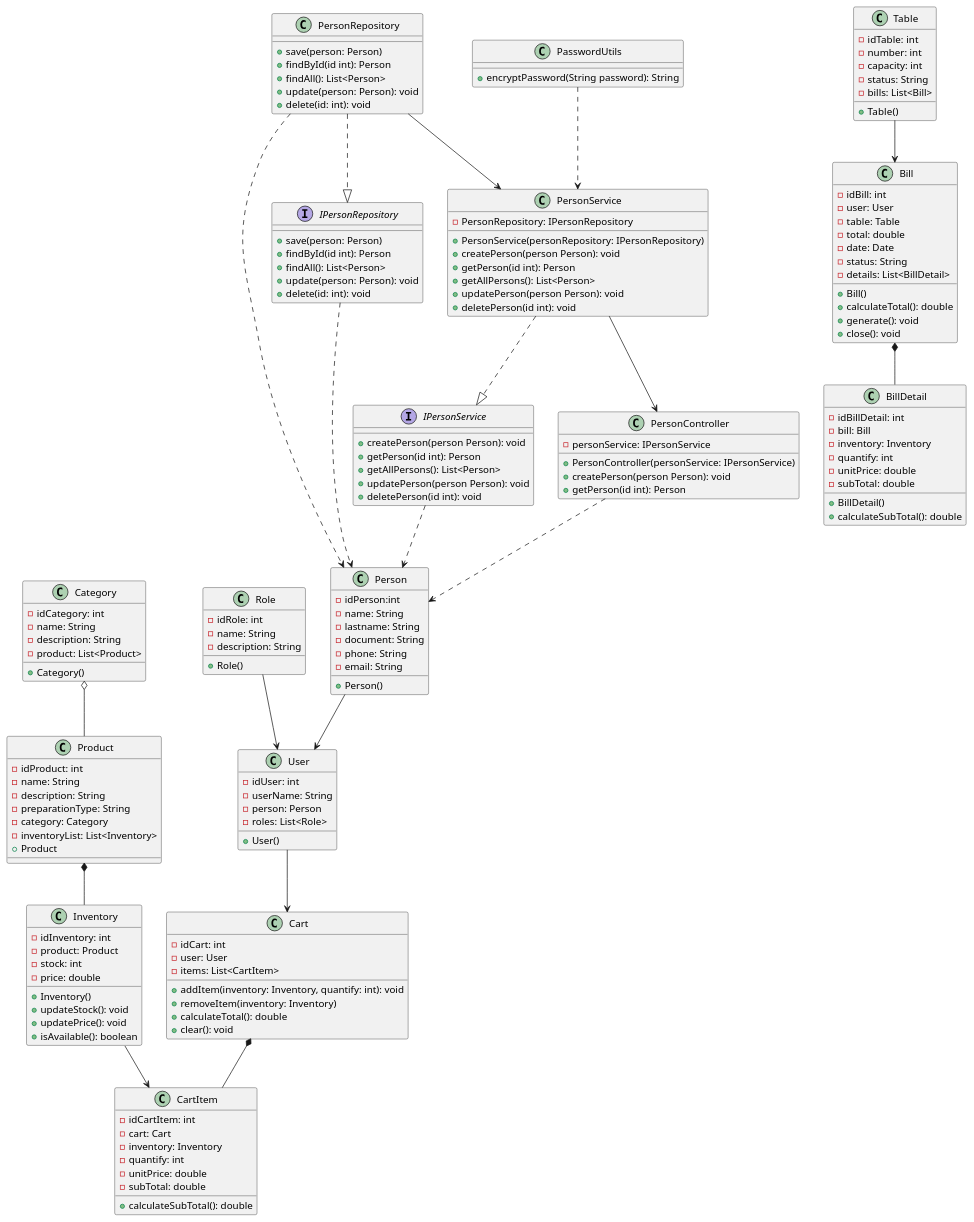
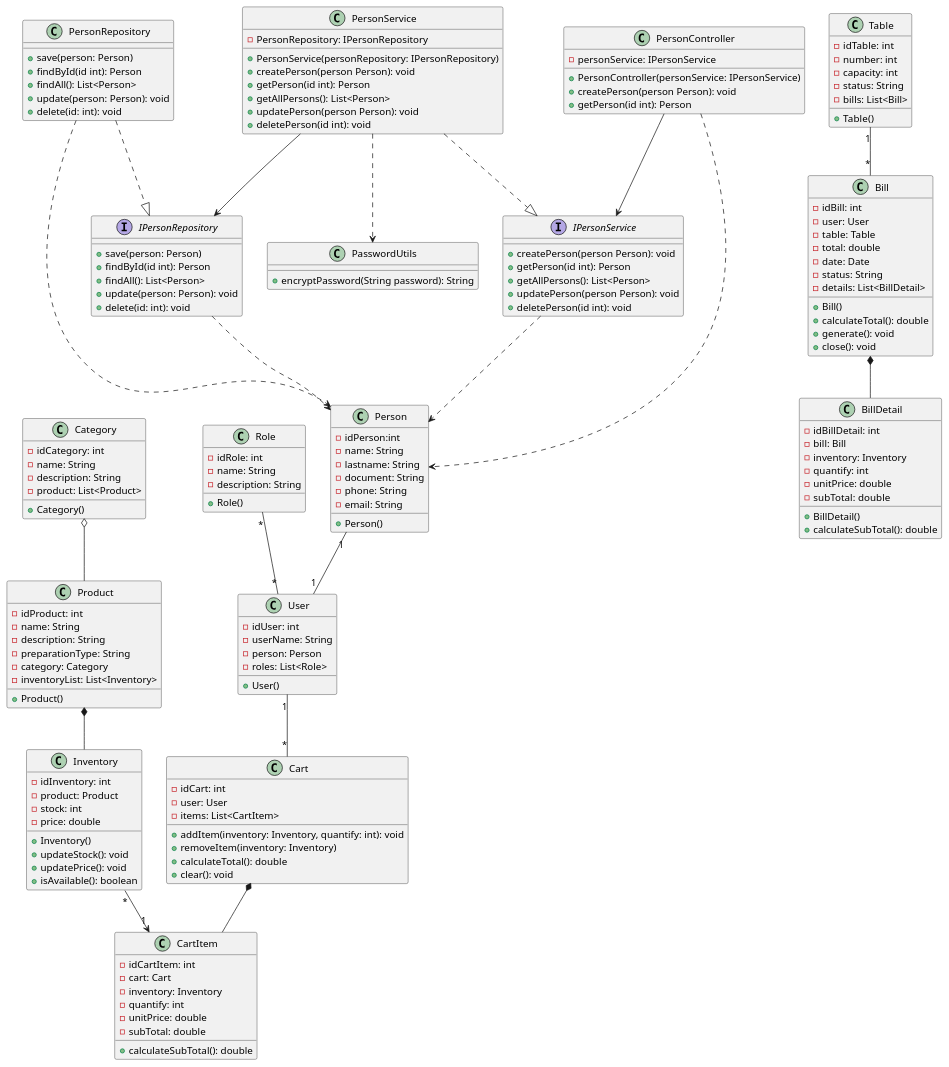
Before and after one commit to Juan-Cortes2045/Mini-proyecto-carrito-de-compras-Cafeteria: the diagram in Diagramas wsd/cafeteria_diagramaClases.wsd, drawn with PlantUML.

Commit message:
cambios en diagrama de clases wsd

```diff
--- a/Diagramas wsd/cafeteria_diagramaClases.wsd
+++ b/Diagramas wsd/cafeteria_diagramaClases.wsd
@@ -1,176 +1,176 @@
 @startuml diagrama_de_clases
 
 class Person{
     - idPerson:int
     - name: String 
     - lastname: String 
     - document: String 
     - phone: String 
     - email: String
     + Person()
 }
 
 class User{
     - idUser: int
     - userName: String
     - person: Person
     - roles: List<Role>
     +User()
 }
 
 class Role{
     - idRole: int
     - name: String
     -description: String
     +Role()
 }
 
 class Category{
     - idCategory: int
     - name: String
     - description: String
     - product: List<Product>
     + Category()
 }
 
 class Product{
     - idProduct: int
     - name: String
     - description: String
     - preparationType: String
     - category: Category
     - inventoryList: List<Inventory>
-    + Product
+    + Product()
 }
 
 class CartItem{
     - idCartItem: int
     - cart: Cart
     - inventory: Inventory
     - quantify: int
     - unitPrice: double
     - subTotal: double
     + calculateSubTotal(): double
 }
 
 class Cart{
     - idCart: int
     - user: User
     - items: List<CartItem>
     + addItem(inventory: Inventory, quantify: int): void
     + removeItem(inventory: Inventory)
     + calculateTotal(): double
     + clear(): void
 }
 
 class Inventory{
     -idInventory: int
     - product: Product
     - stock: int
     - price: double
     + Inventory()
     + updateStock(): void
     + updatePrice(): void
     + isAvailable(): boolean
 }
 
 class Bill{
     - idBill: int
     - user: User
     - table: Table
     - total: double
     - date: Date
     - status: String
     - details: List<BillDetail>
     + Bill()
     + calculateTotal(): double 
     + generate(): void
     + close(): void
 }
 
 class BillDetail{
     - idBillDetail: int
     - bill: Bill
     - inventory: Inventory
     - quantify: int
     - unitPrice: double
     - subTotal: double
     + BillDetail()
     + calculateSubTotal(): double
 }
 
 class Table{
     - idTable: int
     - number: int
     - capacity: int
     - status: String
     - bills: List<Bill>
     +Table()
 }
 
 interface IPersonRepository{
     + save(person: Person)
     + findById(id int): Person
     + findAll(): List<Person>
     + update(person: Person): void
     + delete(id: int): void 
 }
 
 class PersonRepository{
     + save(person: Person)
     + findById(id int): Person
     + findAll(): List<Person>
     + update(person: Person): void
     + delete(id: int): void 
 }
 
 interface IPersonService{
     + createPerson(person Person): void
     + getPerson(id int): Person
     + getAllPersons(): List<Person>
     + updatePerson(person Person): void 
     + deletePerson(id int): void 
 }
 
 
 class PersonService{
     - PersonRepository: IPersonRepository
     + PersonService(personRepository: IPersonRepository)
     + createPerson(person Person): void
     + getPerson(id int): Person
     + getAllPersons(): List<Person>
     + updatePerson(person Person): void 
     + deletePerson(id int): void 
 }
 
 class PersonController{
     - personService: IPersonService
     + PersonController(personService: IPersonService)
     + createPerson(person Person): void
     + getPerson(id int): Person
 }
 
 class PasswordUtils{
     + encryptPassword(String password): String
 }
 
-Person --> User 
-Role --> User 
-User --> Cart
+Person "1" -- "1" User 
+Role "*" -- "*" User 
+User "1" --  "*" Cart
 Cart *-- CartItem
-Inventory --> CartItem 
+Inventory "*" --> "1" CartItem 
 Product *-- Inventory
 Category o-- Product
 Bill *-- BillDetail
-Table --> Bill
+Table "1" -- "*" Bill
 PersonRepository ..|> IPersonRepository
-PersonRepository --> PersonService
+PersonService --> IPersonRepository
 PersonService ..|> IPersonService
-PersonService --> PersonController
-PasswordUtils ..> PersonService
+PersonController --> IPersonService
+PersonService ..> PasswordUtils
 IPersonRepository ..> Person
 PersonRepository ..> Person
 IPersonService ..> Person
 PersonController ..> Person
 
 @enduml
```
